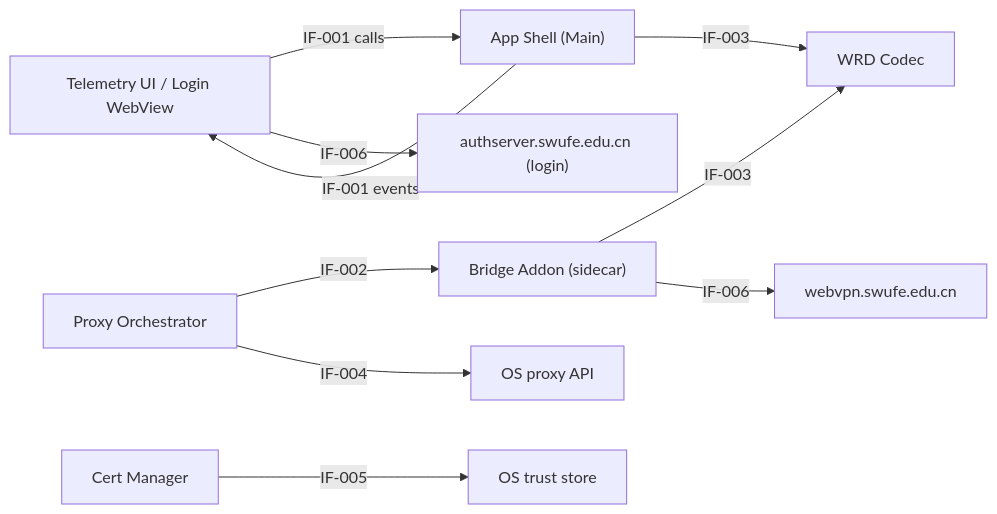
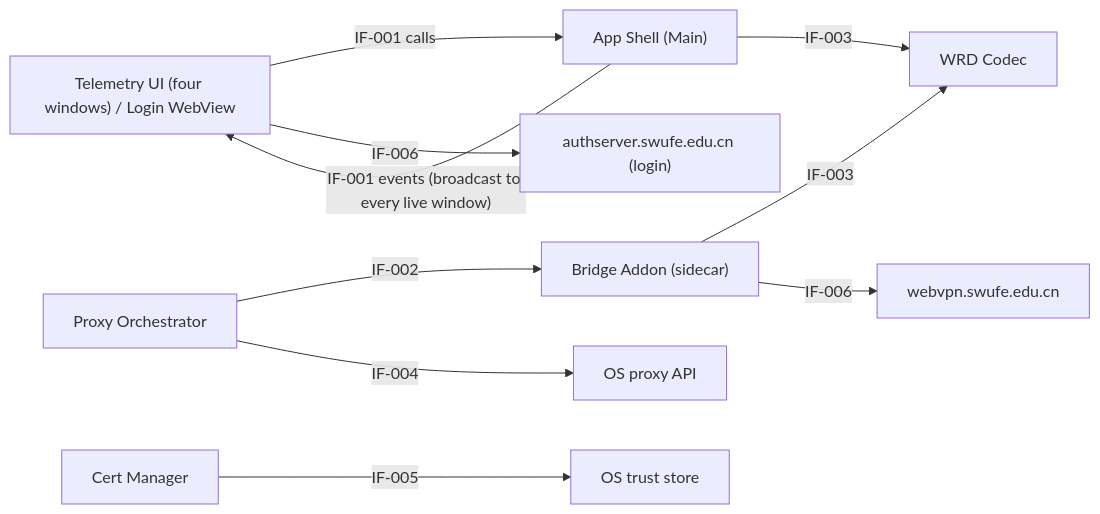
The diagram in docs/architecture/interfaces.en.md (cherrchen/swufe-webvpn-codec), drawn with Mermaid before and after one commit. The commit also changed other lines of this file and 39 other files, not shown here.

````diff
--- a/docs/architecture/interfaces.en.md
+++ b/docs/architecture/interfaces.en.md
@@ -25,12 +25,12 @@
 ```mermaid
 flowchart LR
-    UI["Telemetry UI / Login WebView"] -->|"IF-001 calls"| Shell["App Shell (Main)"]
-    Shell -->|"IF-001 events"| UI
+    UI["Telemetry UI (four windows) / Login WebView"] -->|"IF-001 calls"| Shell["App Shell (Main)"]
+    Shell -->|"IF-001 events (broadcast to every live window)"| UI
     Shell -->|"IF-003"| Codec["WRD Codec"]
     Orch["Proxy Orchestrator"] -->|"IF-002"| Addon["Bridge Addon (sidecar)"]
     Addon -->|"IF-003"| Codec
     Orch -->|"IF-004"| OSProxy["OS proxy API"]
     Cert["Cert Manager"] -->|"IF-005"| OSTrust["OS trust store"]
     Addon -->|"IF-006"| WV["webvpn.swufe.edu.cn"]
     UI -->|"IF-006"| AS["authserver.swufe.edu.cn (login)"]
 ```
````
